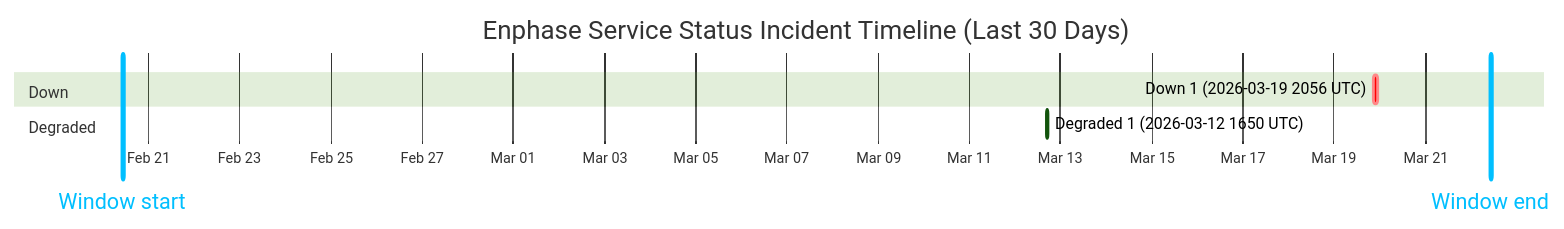
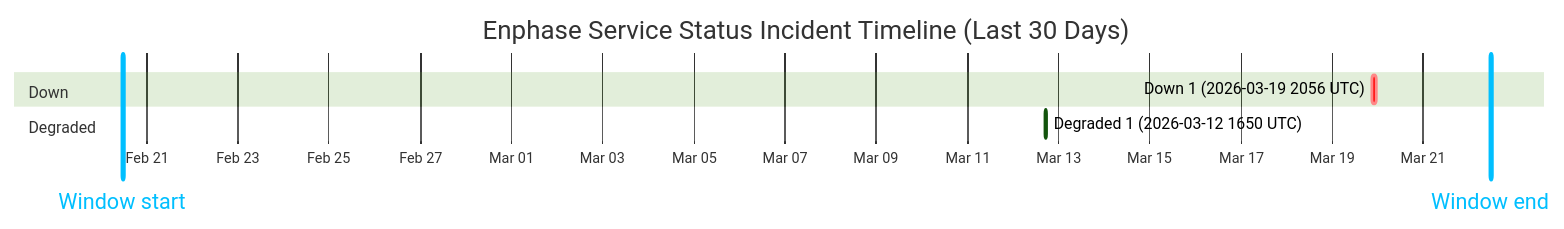
One commit to barneyonline/ha-enphase-ev-charger changed the diagram in wiki/Service-Status-History.md. Above: the diagram before and after it, drawn with Mermaid (forest theme). The commit also changed other lines of this file and 3 other files, not shown here.

````diff
--- a/wiki/Service-Status-History.md
+++ b/wiki/Service-Status-History.md
@@ -14,12 +14,12 @@
 ```mermaid
 gantt
     title Enphase Service Status Incident Timeline (Last 30 Days)
     dateFormat  YYYY-MM-DDTHH:mm:ss
     axisFormat  %b %d
-    Window start :vert, window-start, 2026-02-20T10:18:29, 0ms
-    Window end :vert, window-end, 2026-03-22T10:18:29, 0ms
+    Window start :vert, window-start, 2026-02-20T11:16:28, 0ms
+    Window end :vert, window-end, 2026-03-22T11:16:28, 0ms
     section Down
     Down 1 (2026-03-19 2056 UTC) :crit, down-1, 2026-03-19T20:56:20, 145m
     section Degraded
     Degraded 1 (2026-03-12 1650 UTC) :active, degraded-1, 2026-03-12T16:50:43, 60m
 ```
````
